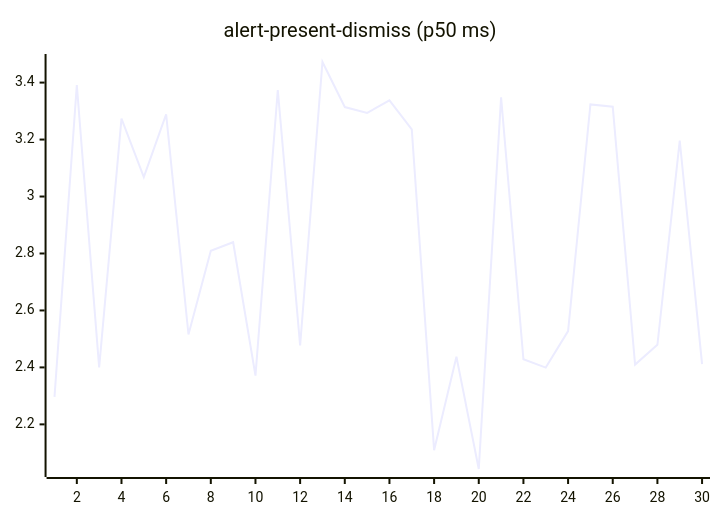
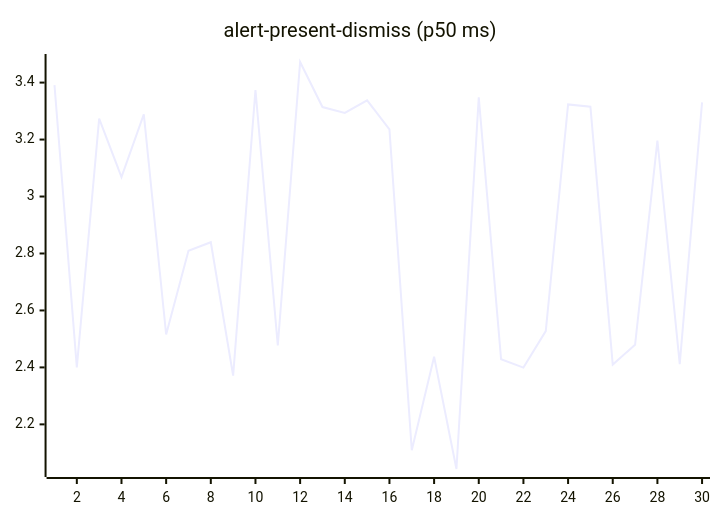
Before and after one commit to josha/Facet: the second of 27 diagrams in README.md, drawn with Mermaid. The commit also changed other lines of this file and 2 other files, not shown here.

````diff
--- a/README.md
+++ b/README.md
@@ -70,6 +70,6 @@
 ```mermaid
 xychart-beta
     title "alert-present-dismiss (p50 ms)"
     x-axis 1 --> 30
-    line [2.2965, 3.3910, 2.4000, 3.2732, 3.0684, 3.2888, 2.5156, 2.8095, 2.8395, 2.3714, 3.3741, 2.4770, 3.4723, 3.3142, 3.2934, 3.3378, 3.2358, 2.1094, 2.4372, 2.0433, 3.3486, 2.4287, 2.3992, 2.5276, 3.3233, 3.3156, 2.4099, 2.4796, 3.1966, 2.4115]
+    line [3.3910, 2.4000, 3.2732, 3.0684, 3.2888, 2.5156, 2.8095, 2.8395, 2.3714, 3.3741, 2.4770, 3.4723, 3.3142, 3.2934, 3.3378, 3.2358, 2.1094, 2.4372, 2.0433, 3.3486, 2.4287, 2.3992, 2.5276, 3.3233, 3.3156, 2.4099, 2.4796, 3.1966, 2.4115, 3.3306]
 ```
````
